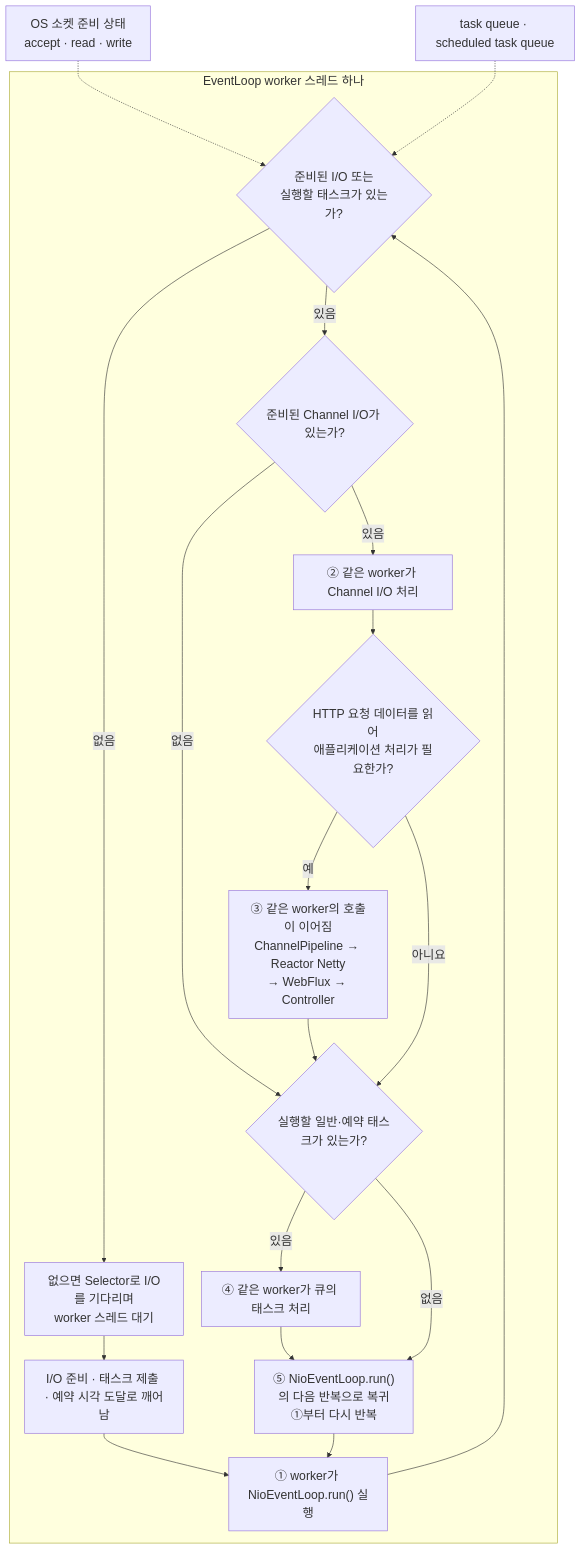
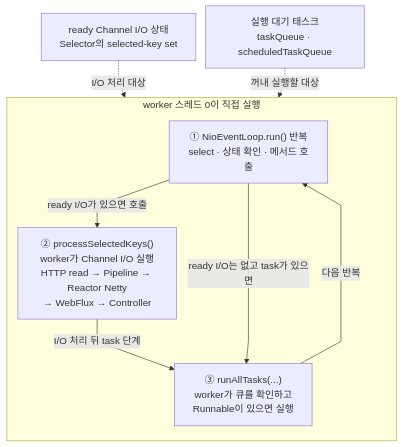
One commit to lee-gimoon/futures-paper-trading changed the second of 2 diagrams in docs/frontend-study/webflux-netty-event-loop.md. Above: the diagram before and after it, drawn with Mermaid. The commit also changed other lines of this file, not shown here.

Commit message:
docs: clarify Netty startup and event loop flow

````diff
--- a/docs/frontend-study/webflux-netty-event-loop.md
+++ b/docs/frontend-study/webflux-netty-event-loop.md
@@ -103,34 +110,21 @@
 ```mermaid
-%%{init: {"themeVariables": {"fontSize": "20px"}, "flowchart": {"nodeSpacing": 30, "rankSpacing": 40, "subGraphTitleMargin": {"top": 0, "bottom": 22}}}}%%
+%%{init: {"themeVariables": {"fontSize": "16px"}, "flowchart": {"nodeSpacing": 16, "rankSpacing": 24, "curve": "linear", "subGraphTitleMargin": {"top": 0, "bottom": 14}}}}%%
 flowchart TB
-  SOCKET["OS 소켓 준비 상태<br/>accept · read · write"]
-  QUEUES["task queue · scheduled task queue"]
+  READY["ready Channel I/O 상태<br/>Selector의 selected-key set"]
+  QUEUES["실행 대기 태스크<br/>taskQueue · scheduledTaskQueue"]
 
-  subgraph WORKER["EventLoop worker 스레드 하나"]
-    LOOP["① worker가 NioEventLoop.run() 실행"]
-    CHECK{"준비된 I/O 또는<br/>실행할 태스크가 있는가?"}
-    WAIT["없으면 Selector로 I/O를 기다리며<br/>worker 스레드 대기"]
-    WAKE["I/O 준비 · 태스크 제출 · 예약 시각 도달로 깨어남"]
-    HAS_IO{"준비된 Channel I/O가 있는가?"}
-    IO["② 같은 worker가 Channel I/O 처리"]
-    HTTP{"HTTP 요청 데이터를 읽어<br/>애플리케이션 처리가 필요한가?"}
-    APP["③ 같은 worker의 호출이 이어짐<br/>ChannelPipeline → Reactor Netty<br/>→ WebFlux → Controller"]
-    HAS_TASK{"실행할 일반·예약 태스크가 있는가?"}
-    TASK["④ 같은 worker가 큐의 태스크 처리"]
-    BACK["⑤ NioEventLoop.run()의 다음 반복으로 복귀<br/>①부터 다시 반복"]
+  subgraph WORKER["worker 스레드 0이 직접 실행"]
+    direction TB
+    RUN["① NioEventLoop.run() 반복<br/>select · 상태 확인 · 메서드 호출"]
+    IO["② processSelectedKeys()<br/>worker가 Channel I/O 실행<br/>HTTP read → Pipeline → Reactor Netty<br/>→ WebFlux → Controller"]
+    TASK["③ runAllTasks(...)<br/>worker가 큐를 확인하고<br/>Runnable이 있으면 실행"]
 
-    LOOP --> CHECK
-    CHECK -->|"없음"| WAIT --> WAKE --> LOOP
-    CHECK -->|"있음"| HAS_IO
-    HAS_IO -->|"있음"| IO --> HTTP
-    HAS_IO -->|"없음"| HAS_TASK
-    HTTP -->|"예"| APP --> HAS_TASK
-    HTTP -->|"아니요"| HAS_TASK
-    HAS_TASK -->|"있음"| TASK --> BACK
-    HAS_TASK -->|"없음"| BACK
-    BACK --> LOOP
+    RUN -->|"ready I/O가 있으면 호출"| IO
+    IO -->|"I/O 처리 뒤 task 단계"| TASK
+    RUN -->|"ready I/O는 없고 task가 있으면"| TASK
+    TASK -->|"다음 반복"| RUN
   end
 
-  SOCKET -.-> CHECK
-  QUEUES -.-> CHECK
+  READY -.->|"I/O 처리 대상"| IO
+  QUEUES -.->|"꺼내 실행할 대상"| TASK
 ```
````
